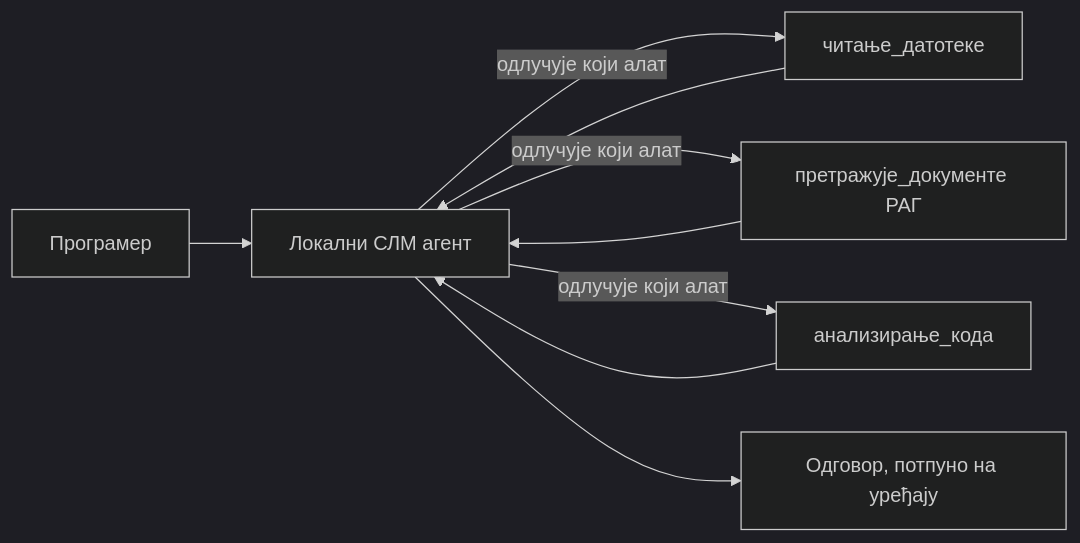
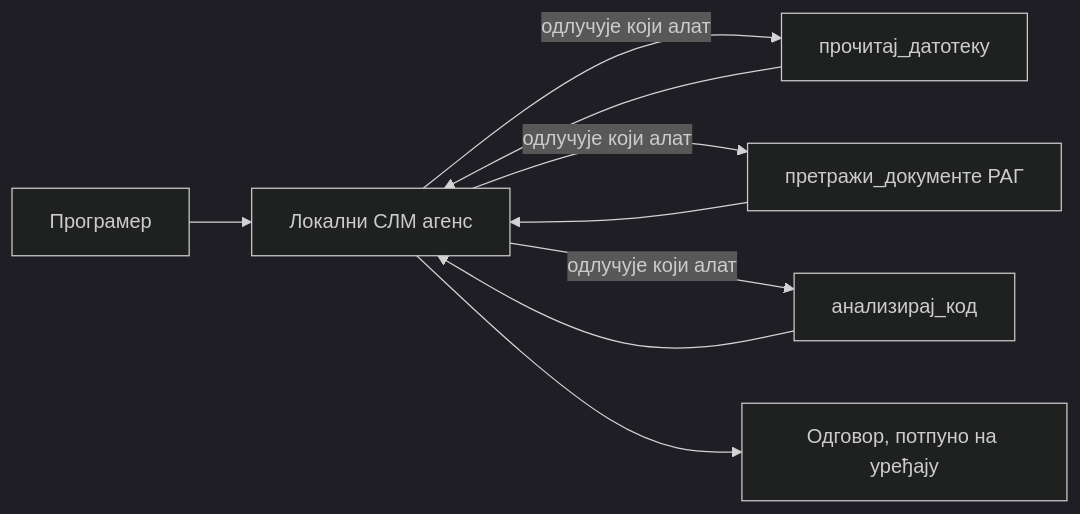
One commit to microsoft/ai-agents-for-beginners changed the first of 4 diagrams in translations/sr/17-creating-local-ai-agents/README.md. Above: the diagram before and after it, drawn with Mermaid (dark theme). The commit also changed other lines of this file and 47 other files, not shown here.

````diff
--- a/translations/sr/17-creating-local-ai-agents/README.md
+++ b/translations/sr/17-creating-local-ai-agents/README.md
@@ -66,11 +66,11 @@
 ```mermaid
 flowchart LR
-    U[Програмер] --> A[Локални СЛМ агент]
-    A -->|одлучује који алат| T1[читање_датотеке]
-    A -->|одлучује који алат| T2[претражује_документе РАГ]
-    A -->|одлучује који алат| T3[анализирање_кода]
+    U[Програмер] --> A[Локални СЛМ агенс]
+    A -->|одлучује који алат| T1[прочитај_датотеку]
+    A -->|одлучује који алат| T2[претражи_документе РАГ]
+    A -->|одлучује који алат| T3[анализирај_код]
     T1 --> A
     T2 --> A
     T3 --> A
     A --> R[Одговор, потпуно на уређају]
 ```
````
